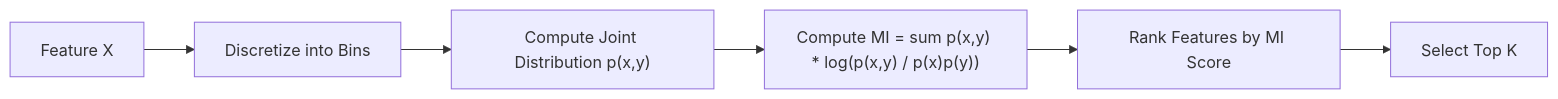
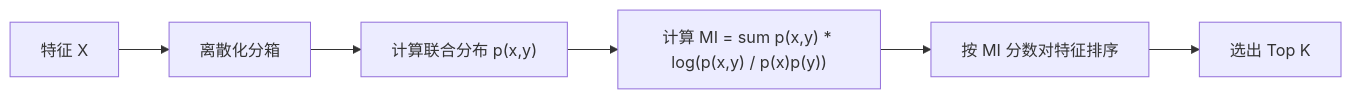
Before and after one commit to JerryC8080/ai-engineering-from-scratch-zh: the second of 4 diagrams in phases/02-ml-fundamentals/18-feature-selection/docs/zh.md, drawn with Mermaid. The commit also changed other lines of this file and 156 other files, not shown here.

First line of the commit message:
i18n(zh): translate mermaid diagram labels in 157 lesson zh.md

````diff
--- a/phases/02-ml-fundamentals/18-feature-selection/docs/zh.md
+++ b/phases/02-ml-fundamentals/18-feature-selection/docs/zh.md
@@ -91,8 +91,8 @@
 ```mermaid
 flowchart LR
-    A[Feature X] --> B[Discretize into Bins]
-    B --> C["Compute Joint Distribution p(x,y)"]
-    C --> D["Compute MI = sum p(x,y) * log(p(x,y) / p(x)p(y))"]
-    D --> E["Rank Features by MI Score"]
-    E --> F[Select Top K]
+    A[特征 X] --> B[离散化分箱]
+    B --> C["计算联合分布 p(x,y)"]
+    C --> D["计算 MI = sum p(x,y) * log(p(x,y) / p(x)p(y))"]
+    D --> E["按 MI 分数对特征排序"]
+    E --> F[选出 Top K]
 ```
````
